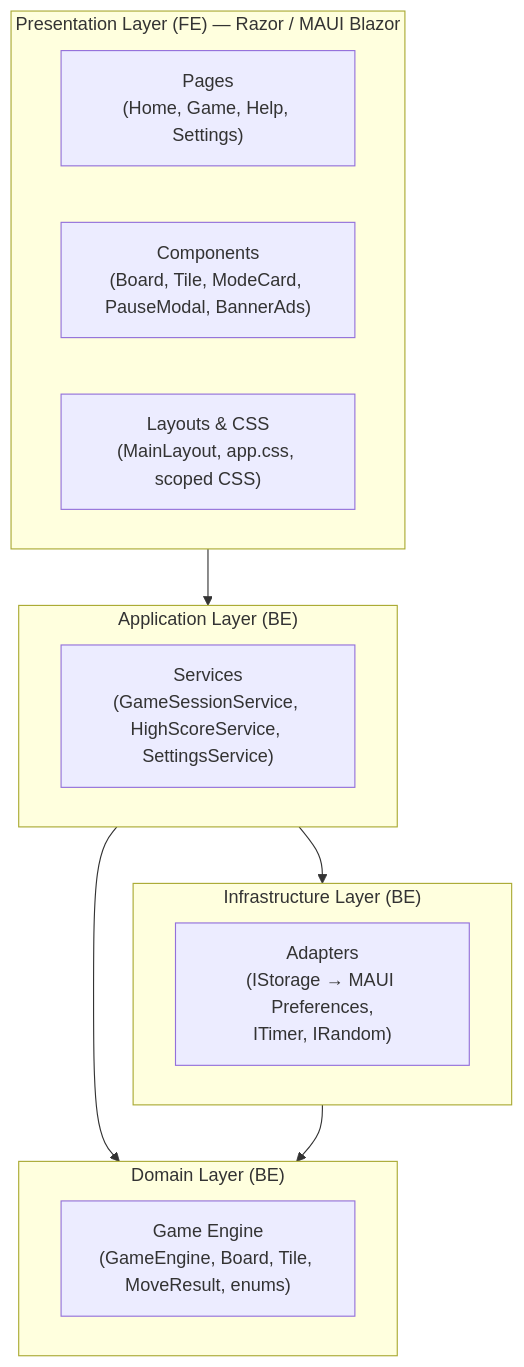
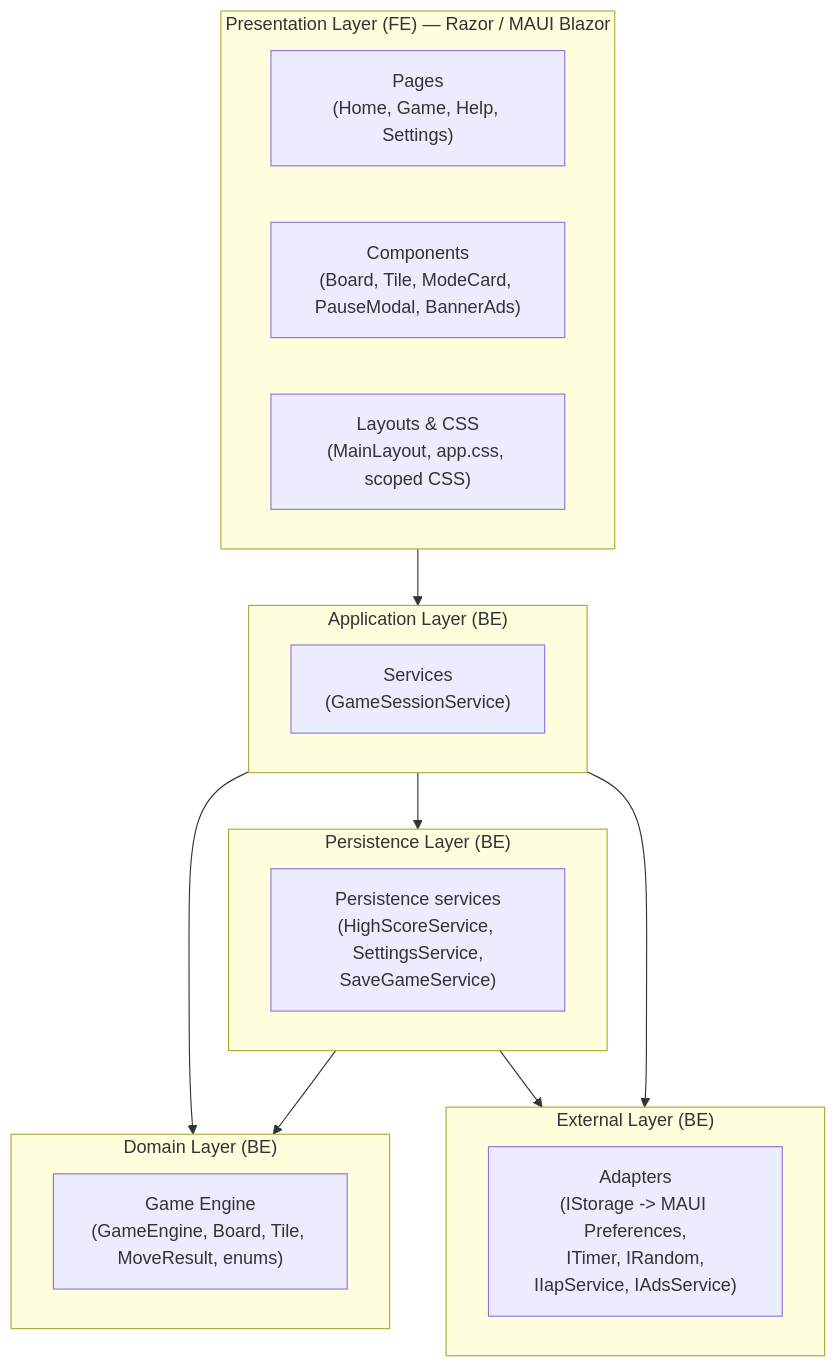
Before and after one commit to LeThaiAn15112004/2048-Infinity-Merge: the first of 9 diagrams in Docs/software_design.md, drawn with Mermaid. The commit also changed other lines of this file and 7 other files, not shown here.

````diff
--- a/Docs/software_design.md
+++ b/Docs/software_design.md
@@ -63,25 +64,31 @@
 ```mermaid
 flowchart TB
     subgraph Presentation["Presentation Layer (FE) — Razor / MAUI Blazor"]
         UI_Pages["Pages<br/>(Home, Game, Help, Settings)"]
         UI_Comp["Components<br/>(Board, Tile, ModeCard, PauseModal, BannerAds)"]
         UI_Layout["Layouts & CSS<br/>(MainLayout, app.css, scoped CSS)"]
     end
 
     subgraph Application["Application Layer (BE)"]
-        AppSvc["Services<br/>(GameSessionService, HighScoreService, SettingsService)"]
+        AppSvc["Services<br/>(GameSessionService)"]
     end
 
     subgraph Domain["Domain Layer (BE)"]
         DomainCore["Game Engine<br/>(GameEngine, Board, Tile, MoveResult, enums)"]
     end
 
-    subgraph Infrastructure["Infrastructure Layer (BE)"]
-        Infra["Adapters<br/>(IStorage → MAUI Preferences,<br/>ITimer, IRandom)"]
+    subgraph Persistence["Persistence Layer (BE)"]
+        Persist["Persistence services<br/>(HighScoreService, SettingsService,<br/>SaveGameService)"]
+    end
+
+    subgraph External["External Layer (BE)"]
+        Infra["Adapters<br/>(IStorage -> MAUI Preferences,<br/>ITimer, IRandom,<br/>IIapService, IAdsService)"]
     end
 
     Presentation --> Application
     Application --> Domain
-    Application --> Infrastructure
-    Infrastructure --> Domain
+    Application --> Persistence
+    Persistence --> Domain
+    Persistence --> External
+    Application --> External
 ```
````
